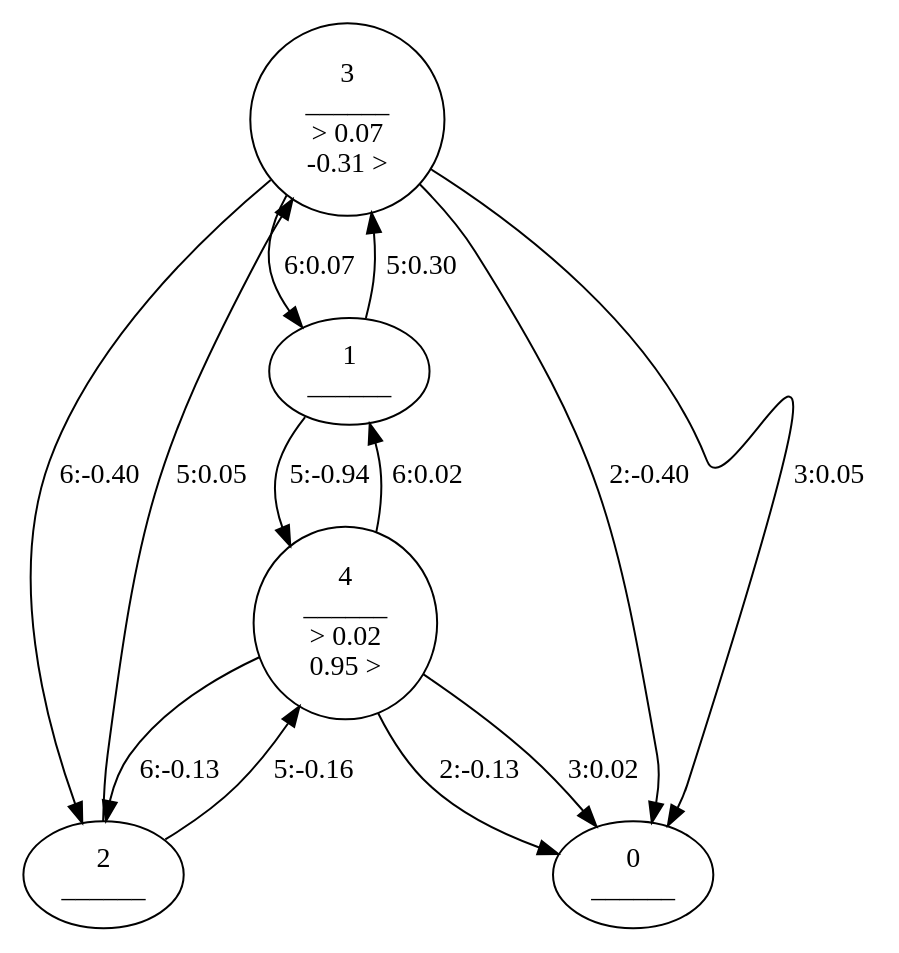
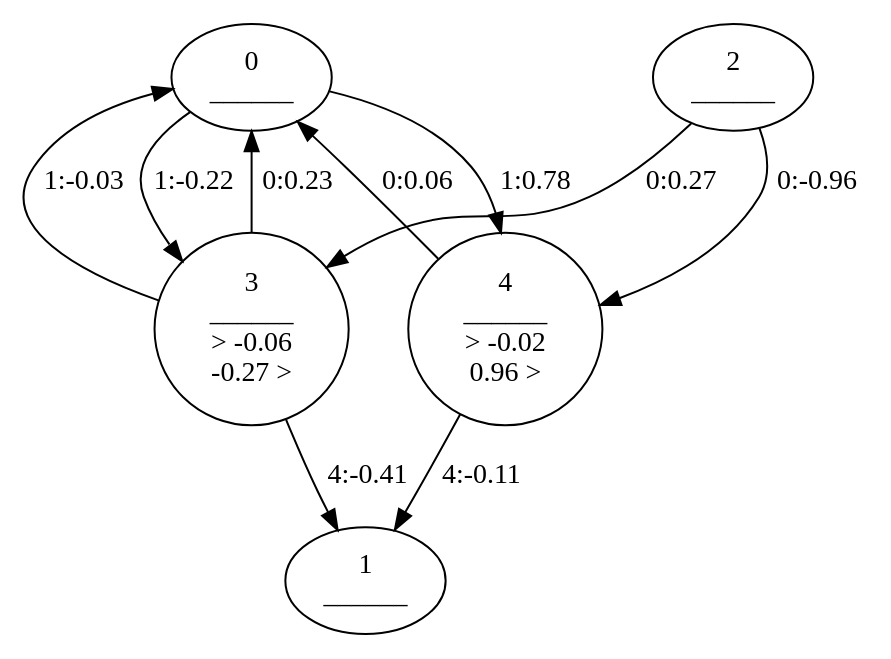
Before and after one commit to shrinivaasanka/asfer-github-code: the diagram in python-src/music_pattern_mining/testlogs/Bach_Flute_Sonata_EFlat.mp4_MusicWeightedAutomaton.dot, drawn with Graphviz. The commit also changed 11 other files, not shown here.

```diff
--- a/python-src/music_pattern_mining/testlogs/Bach_Flute_Sonata_EFlat.mp4_MusicWeightedAutomaton.dot
+++ b/python-src/music_pattern_mining/testlogs/Bach_Flute_Sonata_EFlat.mp4_MusicWeightedAutomaton.dot
@@ -1,29 +1,26 @@
 //MusicWeightedAutomaton.dot
 digraph {
 	0 [label="0
 ______"]
 	1 [label="1
 ______"]
 	2 [label="2
 ______"]
 	3 [label="3
 ______
-> 0.07
--0.31 >"]
+> -0.06
+-0.27 >"]
 	4 [label="4
 ______
-> 0.02
-0.95 >"]
-	3 -> 0 [label="2:-0.40"]
-	4 -> 0 [label="2:-0.13"]
-	3 -> 0 [label="3:0.05"]
-	4 -> 0 [label="3:0.02"]
-	1 -> 3 [label="5:0.30"]
-	1 -> 4 [label="5:-0.94"]
-	2 -> 3 [label="5:0.05"]
-	2 -> 4 [label="5:-0.16"]
-	3 -> 1 [label="6:0.07"]
-	3 -> 2 [label="6:-0.40"]
-	4 -> 1 [label="6:0.02"]
-	4 -> 2 [label="6:-0.13"]
+> -0.02
+0.96 >"]
+	2 -> 3 [label="0:0.27"]
+	2 -> 4 [label="0:-0.96"]
+	3 -> 0 [label="0:0.23"]
+	4 -> 0 [label="0:0.06"]
+	0 -> 3 [label="1:-0.22"]
+	0 -> 4 [label="1:0.78"]
+	3 -> 0 [label="1:-0.03"]
+	3 -> 1 [label="4:-0.41"]
+	4 -> 1 [label="4:-0.11"]
 }
```
